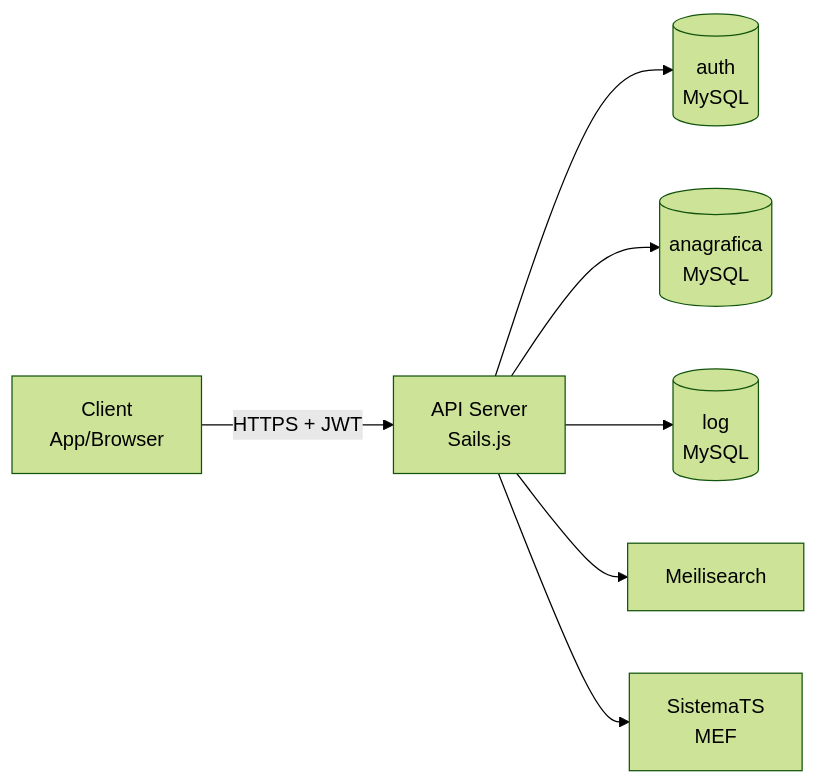
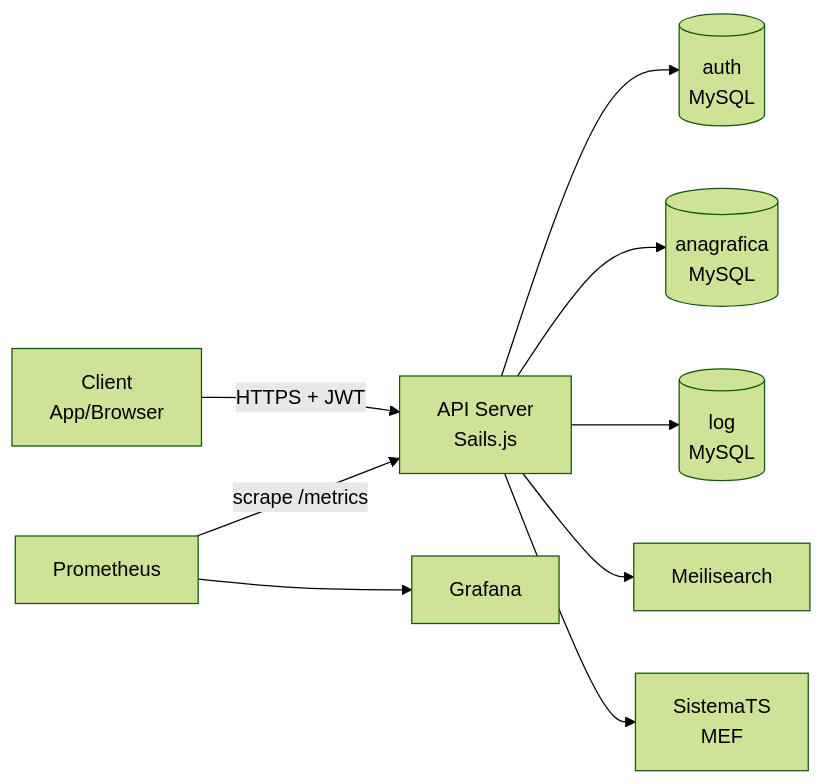
One commit to deduzzo/asp-ws changed the diagram in docs/architecture.md. Above: the diagram before and after it, drawn with Mermaid (forest theme). The commit also changed other lines of this file and 23 other files, not shown here.

First line of the commit message:
feat: add Prometheus /metrics endpoint with business metrics

````diff
--- a/docs/architecture.md
+++ b/docs/architecture.md
@@ -5,9 +5,11 @@
 ```mermaid
 graph LR
     CLIENT[Client<br/>App/Browser] -->|HTTPS + JWT| API[API Server<br/>Sails.js]
     API --> AUTH[(auth<br/>MySQL)]
     API --> ANA[(anagrafica<br/>MySQL)]
     API --> LOG[(log<br/>MySQL)]
     API --> MS[Meilisearch]
     API --> TS[SistemaTS<br/>MEF]
+    PROM[Prometheus] -->|scrape /metrics| API
+    PROM --> GRAF[Grafana]
 ```
````
